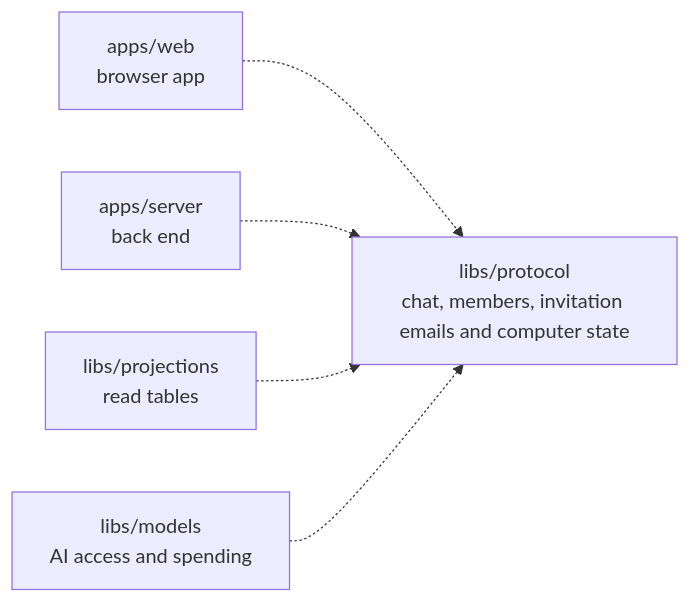
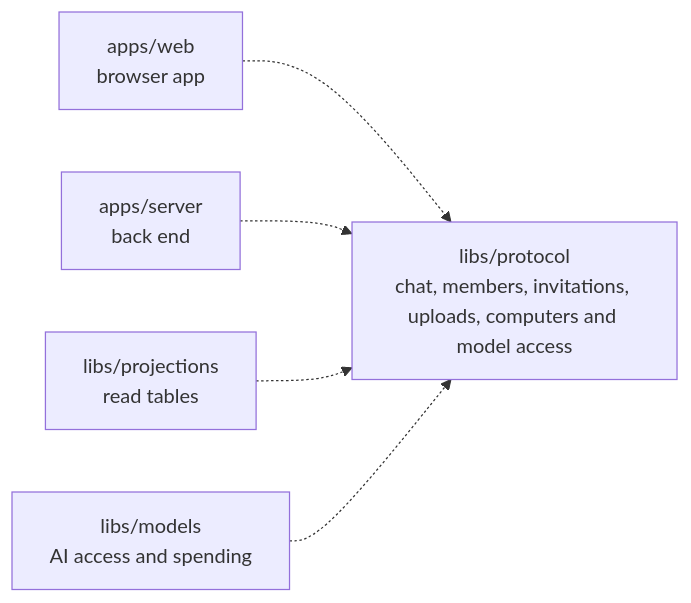
The diagram in libs/protocol/README.md (elewa-git/opencrane-new), drawn with Mermaid before and after one commit. The commit also changed other lines of this file and 20 other files, not shown here.

````diff
--- a/libs/protocol/README.md
+++ b/libs/protocol/README.md
@@ -11,7 +11,7 @@
 ```mermaid
 flowchart LR
-  web["apps/web<br/>browser app"] -.-> protocol["libs/protocol<br/>chat, members, invitation emails and computer state"]
+  web["apps/web<br/>browser app"] -.-> protocol["libs/protocol<br/>chat, members, invitations, uploads, computers and model access"]
   server["apps/server<br/>back end"] -.-> protocol
   projections["libs/projections<br/>read tables"] -.-> protocol
   models["libs/models<br/>AI access and spending"] -.-> protocol
 ```
````
